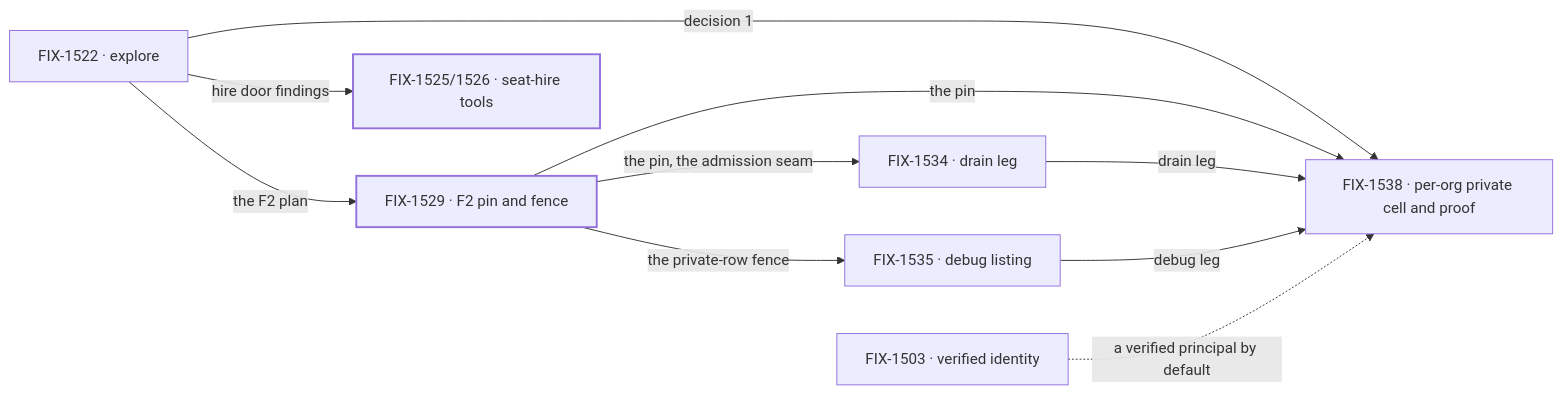
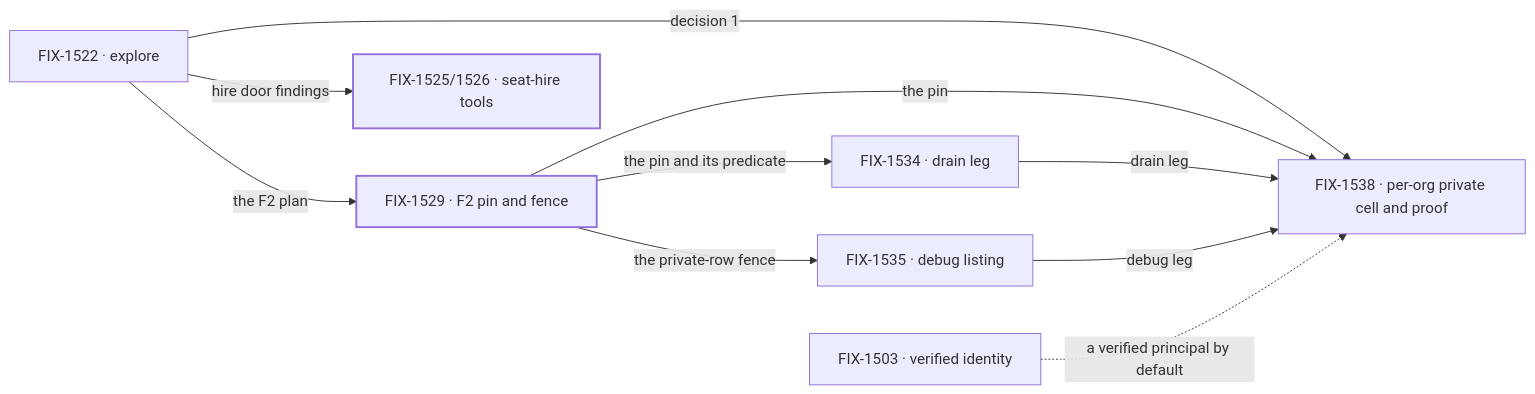
Before and after one commit to fixpoint-labs/flow-state-dev: the diagram in specs/epics/FIX-1528/SPEC.md, drawn with Mermaid. The commit also changed other lines of this file and 4 other files, not shown here.

````diff
--- a/specs/epics/FIX-1528/SPEC.md
+++ b/specs/epics/FIX-1528/SPEC.md
@@ -65,14 +65,14 @@
 ```mermaid
 flowchart LR
   X["FIX-1522 · explore"] -->|"the F2 plan"| F["FIX-1529 · F2 pin and fence"]
   X -->|"hire door findings"| H["FIX-1525/1526 · seat-hire tools"]
-  F -->|"the pin, the admission seam"| D["FIX-1534 · drain leg"]
+  F -->|"the pin and its predicate"| D["FIX-1534 · drain leg"]
   F -->|"the private-row fence"| B["FIX-1535 · debug listing"]
   X -->|"decision 1"| S["FIX-1538 · per-org private cell and proof"]
   F -->|"the pin"| S
   D -->|"drain leg"| S
   B -->|"debug leg"| S
   I["FIX-1503 · verified identity"] -.->|"a verified principal by default"| S
   classDef done stroke-width:2px
   class F,H done
 ```
````
